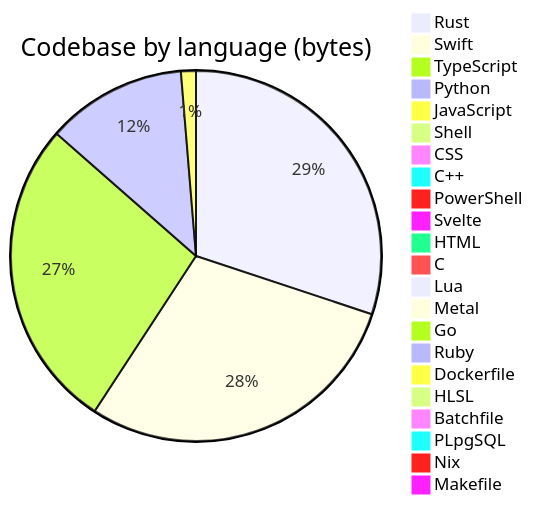
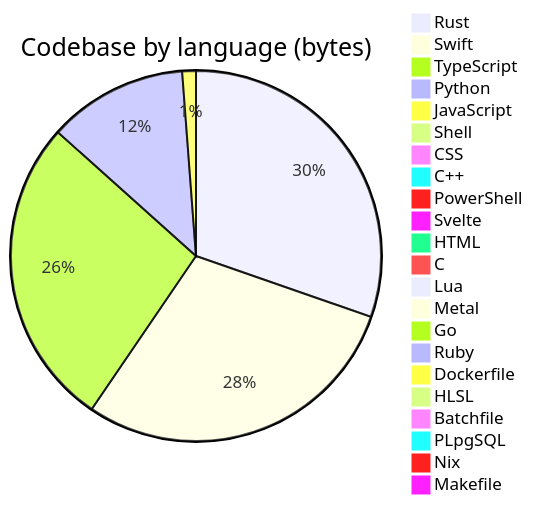
Before and after one commit to Open330/.github: the diagram in profile/README.md, drawn with Mermaid. The commit also changed other lines of this file and 1 other file, not shown here.

````diff
--- a/profile/README.md
+++ b/profile/README.md
@@ -140,25 +140,25 @@
 ```mermaid
 pie title Codebase by language (bytes)
-    "Rust" : 45610342
-    "Swift" : 44129124
+    "Rust" : 46209309
+    "Swift" : 44475523
     "TypeScript" : 41308544
-    "Python" : 18538813
-    "JavaScript" : 1977093
-    "Shell" : 1526160
-    "CSS" : 673389
+    "Python" : 18555530
+    "JavaScript" : 1822471
+    "Shell" : 1530773
+    "CSS" : 602953
     "C++" : 388775
     "PowerShell" : 387720
     "Svelte" : 275766
-    "HTML" : 235118
+    "HTML" : 209693
     "C" : 197825
     "Lua" : 48814
     "Metal" : 33192
     "Go" : 22811
     "Ruby" : 13263
     "Dockerfile" : 7804
     "HLSL" : 7527
     "Batchfile" : 5660
     "PLpgSQL" : 5283
     "Nix" : 3168
     "Makefile" : 2991
 ```
````
